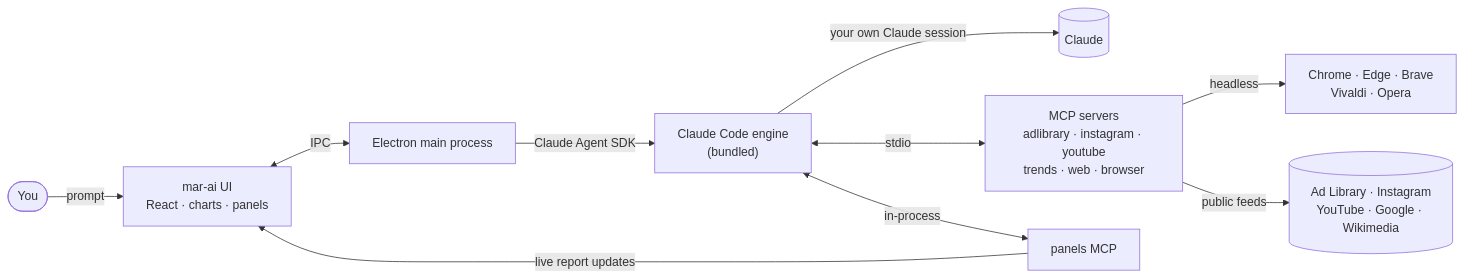
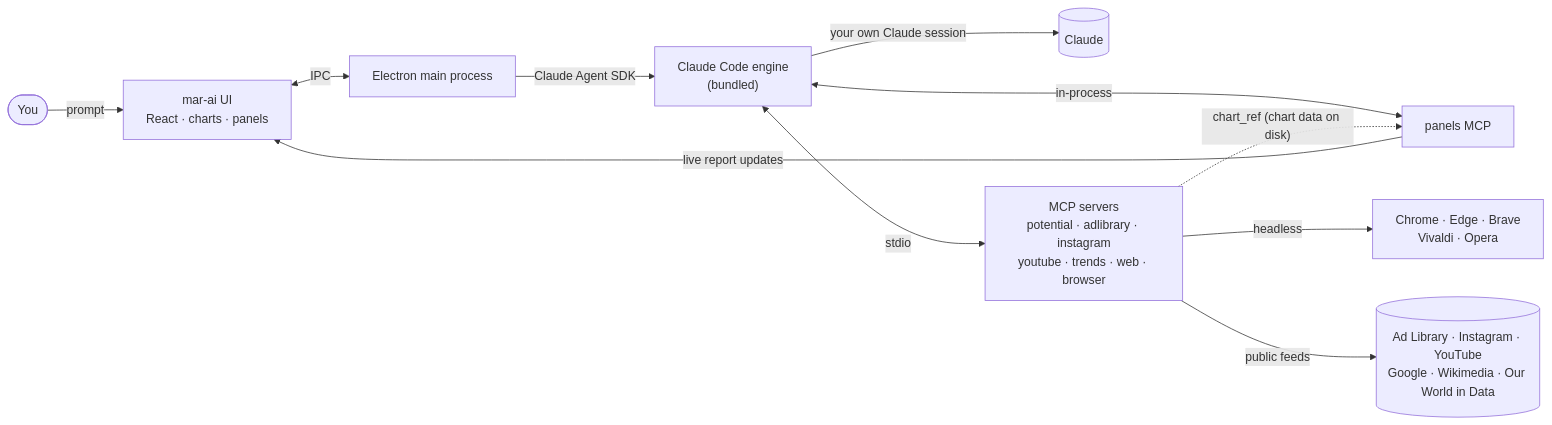
The diagram in README.md (EthYusuf/mar-ai), drawn with Mermaid before and after one commit. The commit also changed other lines of this file and 12 other files, not shown here.

````diff
--- a/README.md
+++ b/README.md
@@ -189,12 +225,13 @@
 ```mermaid
 flowchart LR
     U([You]) -- prompt --> UI["mar-ai UI<br/>React · charts · panels"]
     UI <-- IPC --> MAIN["Electron main process"]
     MAIN -- "Claude Agent SDK" --> CC["Claude Code engine<br/>(bundled)"]
     CC -- "your own Claude session" --> CLAUDE[("Claude")]
-    CC <-- "stdio" --> MCPS["MCP servers<br/>adlibrary · instagram · youtube<br/>trends · web · browser"]
+    CC <-- "stdio" --> MCPS["MCP servers<br/>potential · adlibrary · instagram<br/>youtube · trends · web · browser"]
     CC <-- "in-process" --> PANELS["panels MCP"]
+    MCPS -. "chart_ref (chart data on disk)" .-> PANELS
     PANELS -- "live report updates" --> UI
     MCPS -- "headless" --> BR["Chrome · Edge · Brave<br/>Vivaldi · Opera"]
-    MCPS -- "public feeds" --> NET[("Ad Library · Instagram<br/>YouTube · Google · Wikimedia")]
+    MCPS -- "public feeds" --> NET[("Ad Library · Instagram · YouTube<br/>Google · Wikimedia · Our World in Data")]
 ```
````
